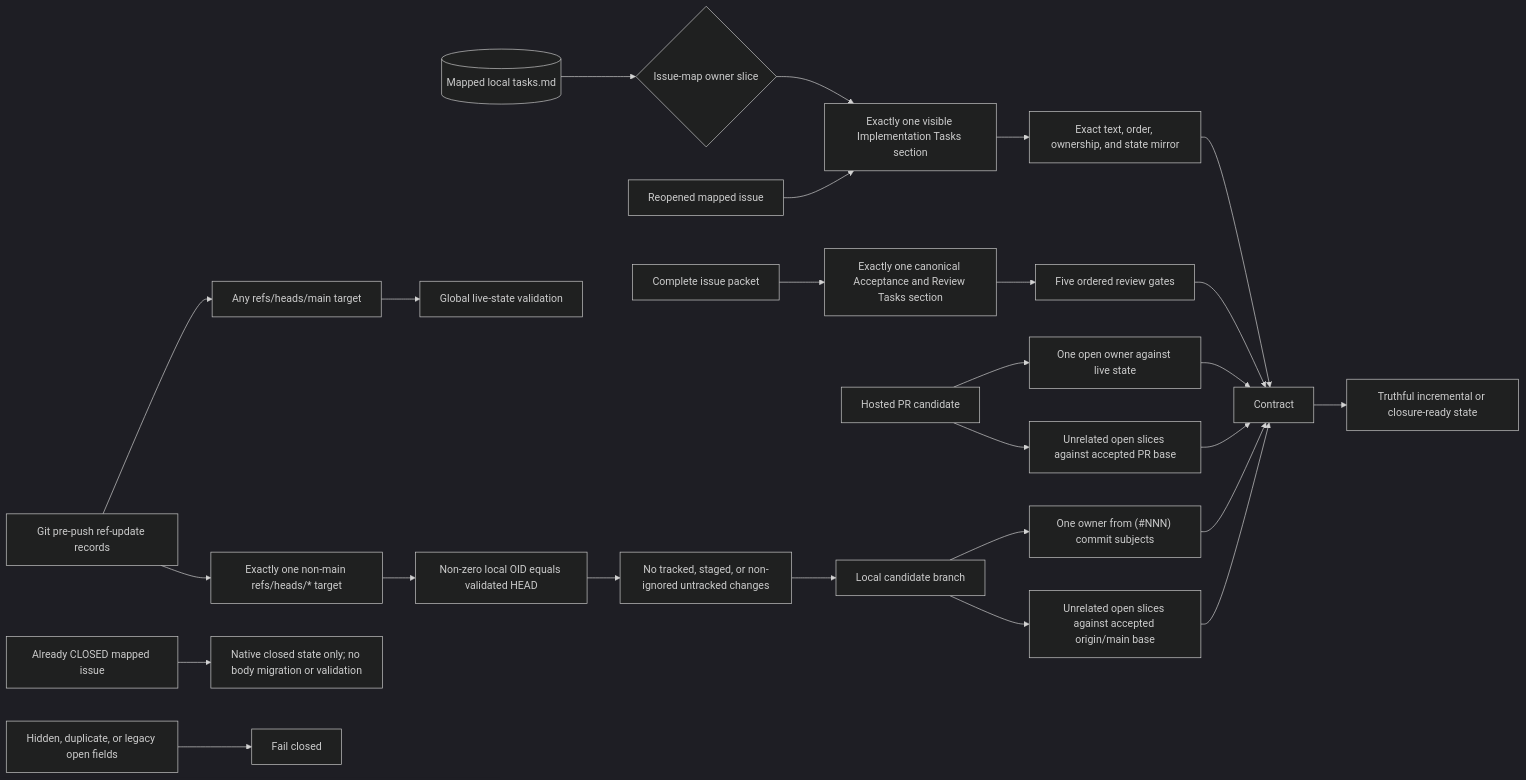
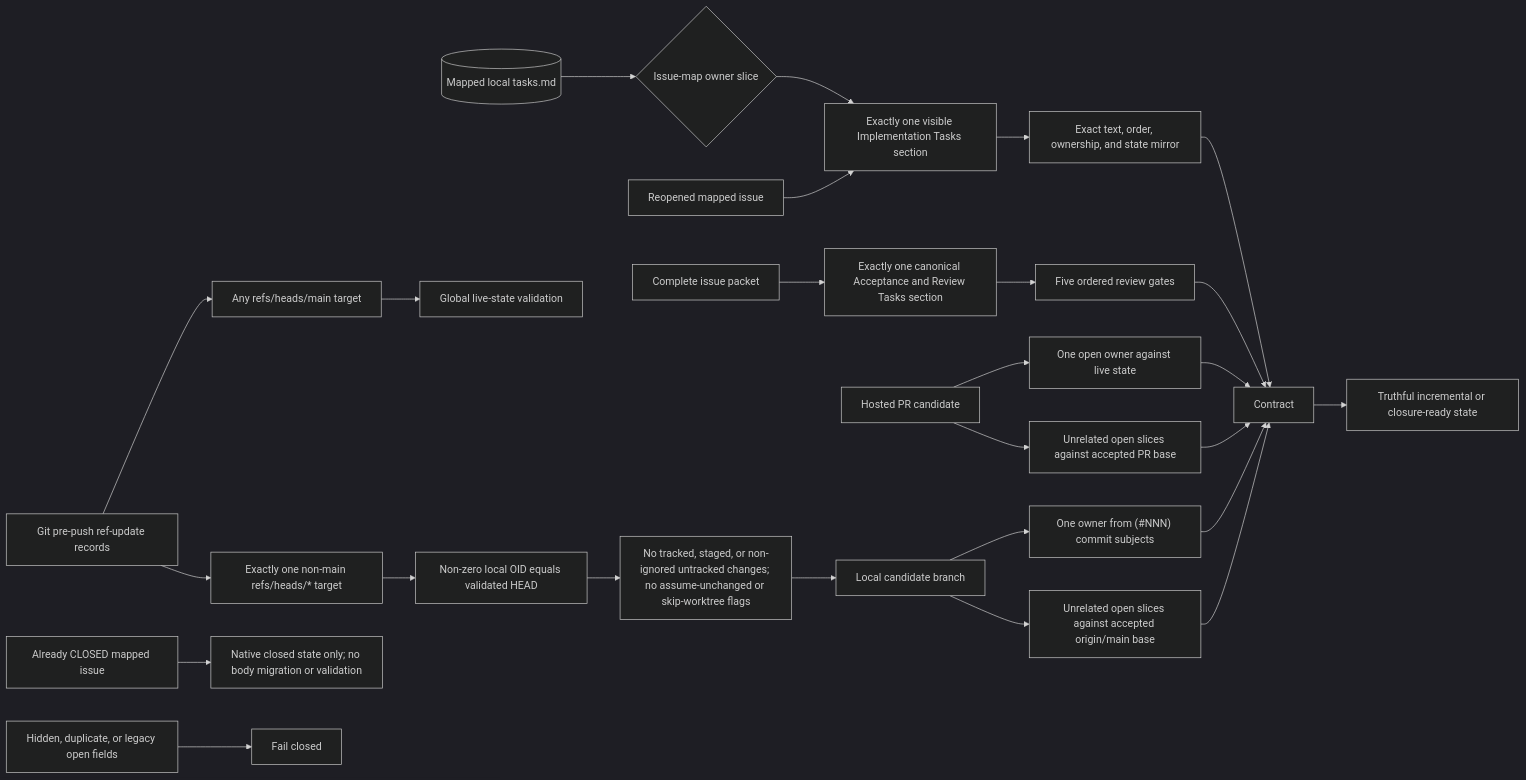
The first of 28 diagrams in docs/v050-release-architecture.md (styler-ai/ProjectAtlas), drawn with Mermaid (dark theme) before and after one commit. The commit also changed 1 other file, not shown here.

Commit message:
test(issueops): complete branch scope proof (#549)

````diff
--- a/docs/v050-release-architecture.md
+++ b/docs/v050-release-architecture.md
@@ -7,28 +7,28 @@
 ```mermaid
 flowchart LR
     LocalTasks[(Mapped local tasks.md)] --> OwnerSlice{Issue-map owner slice}
     OwnerSlice --> Implementation[Exactly one visible Implementation Tasks section]
     IssuePacket[Complete issue packet] --> Acceptance[Exactly one canonical Acceptance and Review Tasks section]
     Implementation --> Sync[Exact text, order, ownership, and state mirror]
     Acceptance --> Gates[Five ordered review gates]
     Sync --> Contract
     Gates --> Contract
     PR[Hosted PR candidate] --> Owner[One open owner against live state]
     PR --> Base[Unrelated open slices against accepted PR base]
     Push[Git pre-push ref-update records] --> MainTarget["Any refs/heads/main target"]
     Push --> CandidateTarget["Exactly one non-main refs/heads/* target"]
     MainTarget --> Global[Global live-state validation]
     CandidateTarget --> CandidateObject["Non-zero local OID equals validated HEAD"]
-    CandidateObject --> CandidateClean["No tracked, staged, or non-ignored untracked changes"]
+    CandidateObject --> CandidateClean["No tracked, staged, or non-ignored untracked changes; no assume-unchanged or skip-worktree flags"]
     CandidateClean --> Candidate[Local candidate branch]
     Candidate --> CandidateOwner["One owner from (#NNN) commit subjects"]
     Candidate --> CandidateBase["Unrelated open slices against accepted origin/main base"]
     Owner --> Contract
     Base --> Contract
     CandidateOwner --> Contract
     CandidateBase --> Contract
     Closed[Already CLOSED mapped issue] --> Inert[Native closed state only; no body migration or validation]
     Reopened[Reopened mapped issue] --> Implementation
     Hidden[Hidden, duplicate, or legacy open fields] --> Reject[Fail closed]
     Contract --> Ready[Truthful incremental or closure-ready state]
 ```
````
